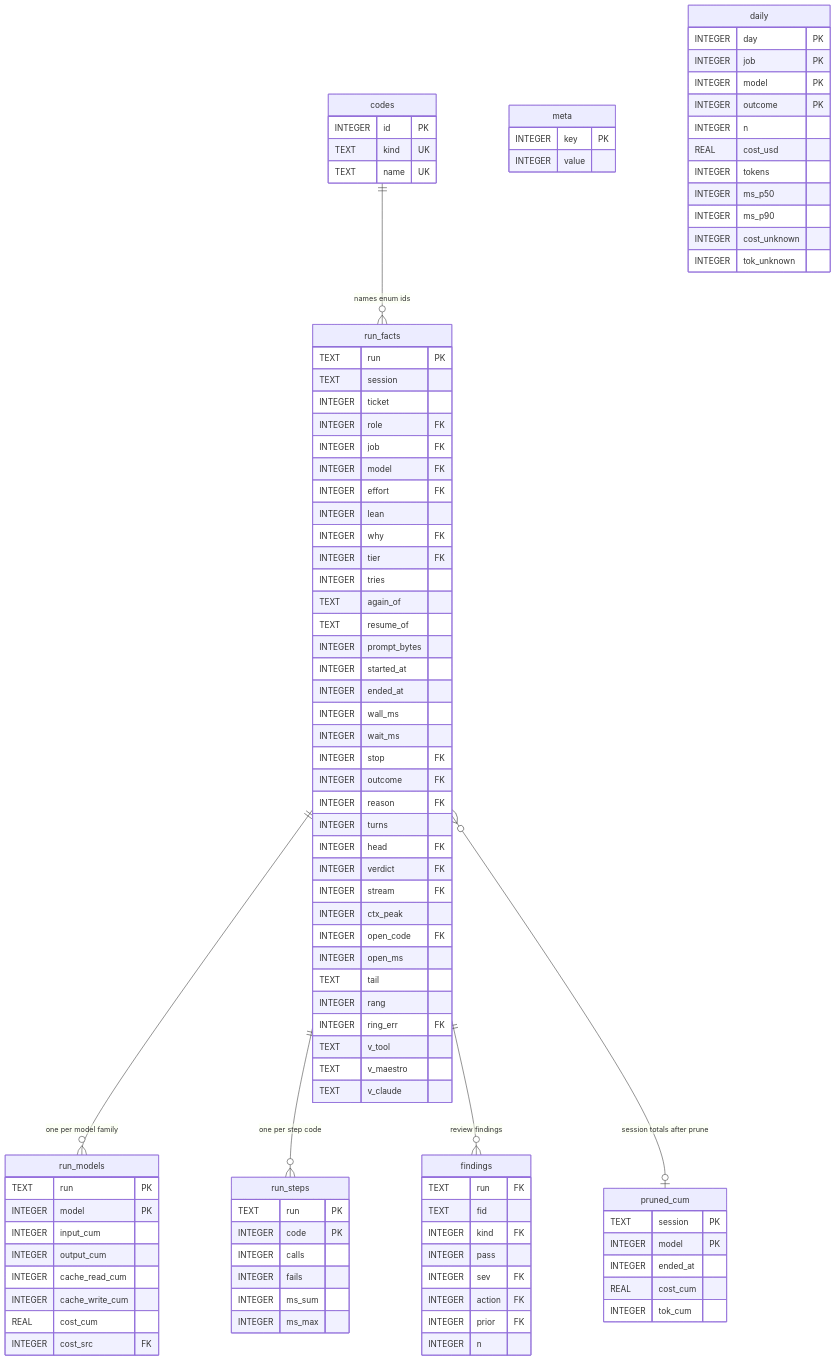
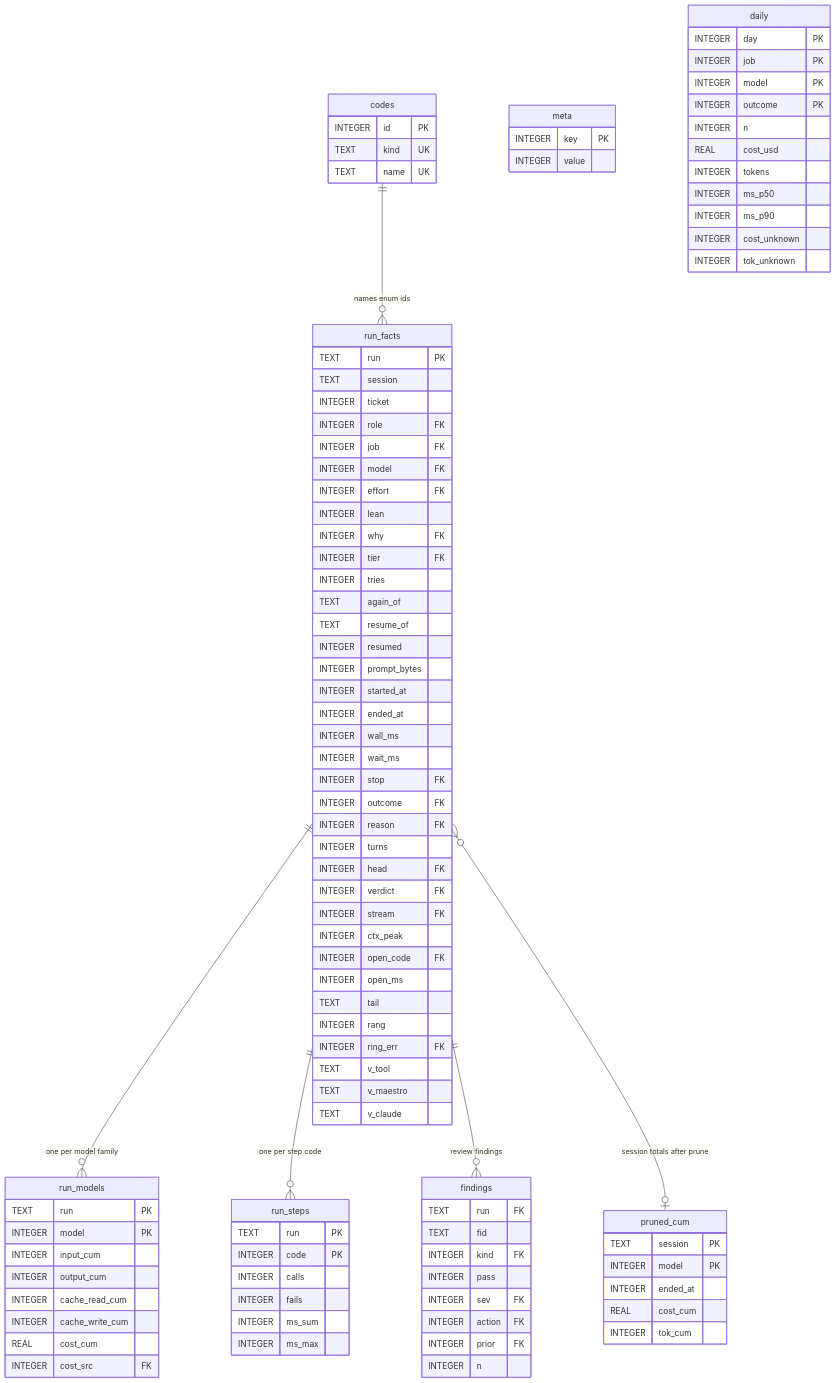
Before and after one commit to ProlesDei/maestro: the fourth of 11 diagrams in docs/design/data-collection.md, drawn with Mermaid. The commit also changed other lines of this file and 16 other files, not shown here.

```diff
--- a/docs/design/data-collection.md
+++ b/docs/design/data-collection.md
@@ -386,6 +387,7 @@
     INTEGER tries
     TEXT again_of
     TEXT resume_of
+    INTEGER resumed
     INTEGER prompt_bytes
     INTEGER started_at
     INTEGER ended_at
```
